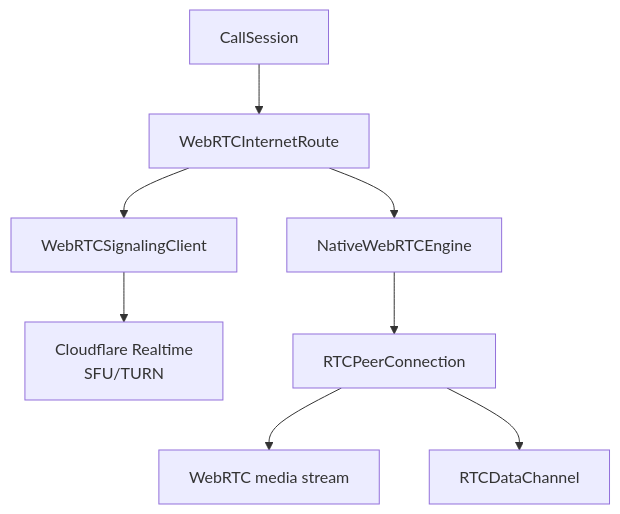
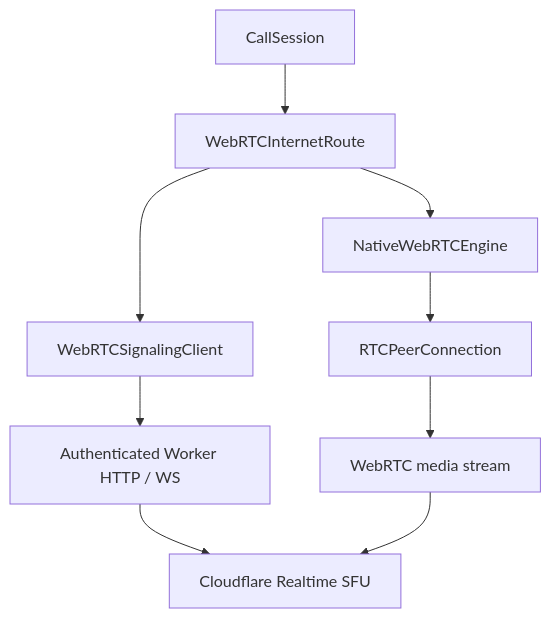
Before and after one commit to eroccowaruico/RideIntercom: the tenth of 11 diagrams in docs/spec/packages/RTC.md, drawn with Mermaid. The commit also changed other lines of this file and 6 other files, not shown here.

````diff
--- a/docs/spec/packages/RTC.md
+++ b/docs/spec/packages/RTC.md
@@ -566,10 +565,11 @@
 ```mermaid
 flowchart TB
     Call[CallSession] --> WebRoute[WebRTCInternetRoute]
     WebRoute --> Signaling[WebRTCSignalingClient]
     WebRoute --> Engine[NativeWebRTCEngine]
-    Signaling --> Cloudflare[Cloudflare Realtime\nSFU/TURN]
+    Signaling --> Worker[Authenticated Worker HTTP / WS]
+    Worker --> Cloudflare[Cloudflare Realtime SFU]
     Engine --> PeerConnection[RTCPeerConnection]
     PeerConnection --> Media[WebRTC media stream]
-    PeerConnection --> DataChannel[RTCDataChannel]
+    Media --> Cloudflare
 ```
````
